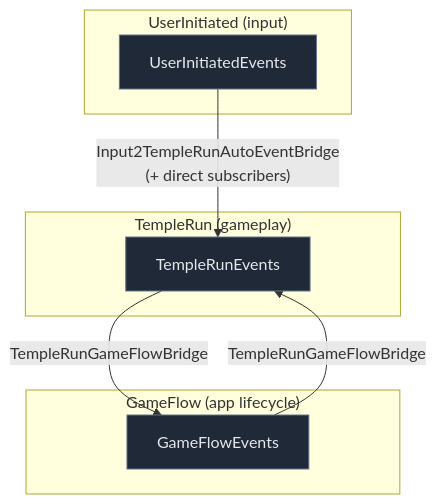
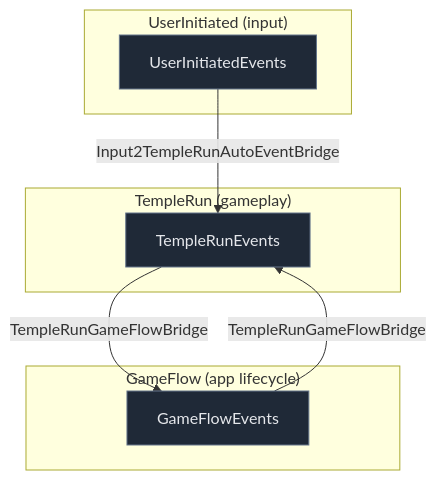
The first of 3 diagrams in docs/ARCHITECTURE.md (crawfis/EndlessRunnerTemplate), drawn with Mermaid before and after one commit. The commit also changed other lines of this file and 33 other files, not shown here.

First line of the commit message:
Fix event-architecture coupling found by a full seam audit

````diff
--- a/docs/ARCHITECTURE.md
+++ b/docs/ARCHITECTURE.md
@@ -64,19 +64,19 @@
 ```mermaid
 flowchart TD
     subgraph Input["UserInitiated (input)"]
       UI[UserInitiatedEvents]
     end
     subgraph TR["TempleRun (gameplay)"]
       TRE[TempleRunEvents]
     end
     subgraph GF["GameFlow (app lifecycle)"]
       GFE[GameFlowEvents]
     end
 
-    UI -- "Input2TempleRunAutoEventBridge<br/>(+ direct subscribers)" --> TRE
+    UI -- "Input2TempleRunAutoEventBridge" --> TRE
     TRE -- "TempleRunGameFlowBridge" --> GFE
     GFE -- "TempleRunGameFlowBridge" --> TRE
 
     classDef d fill:#1f2937,stroke:#64748b,color:#e5e7eb;
     class UI,TRE,GFE d;
 ```
````
